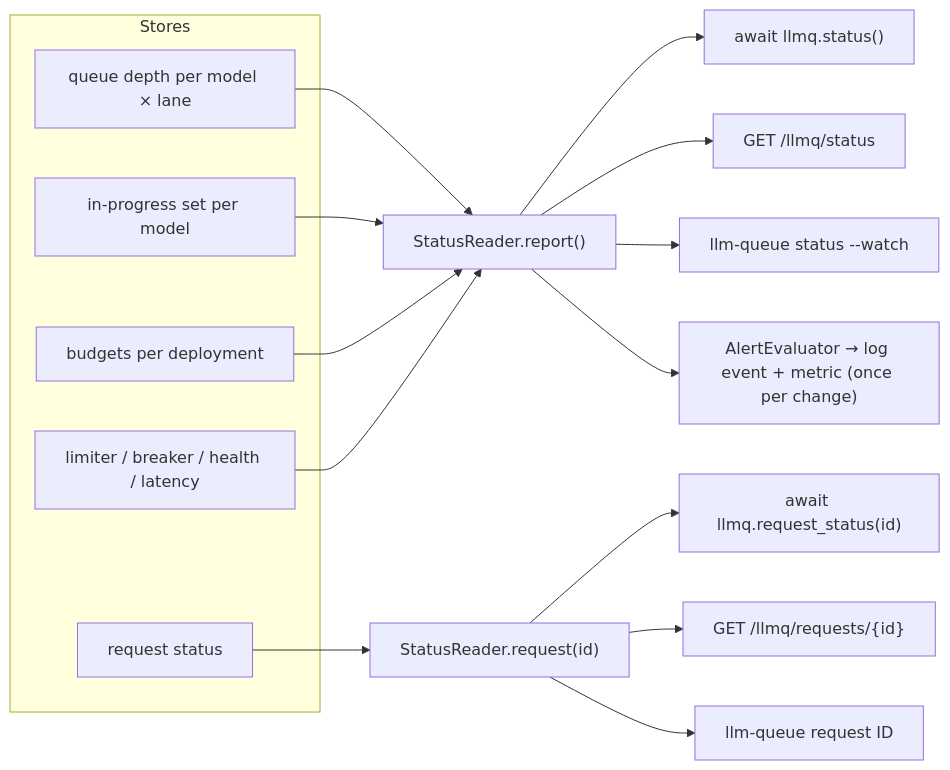
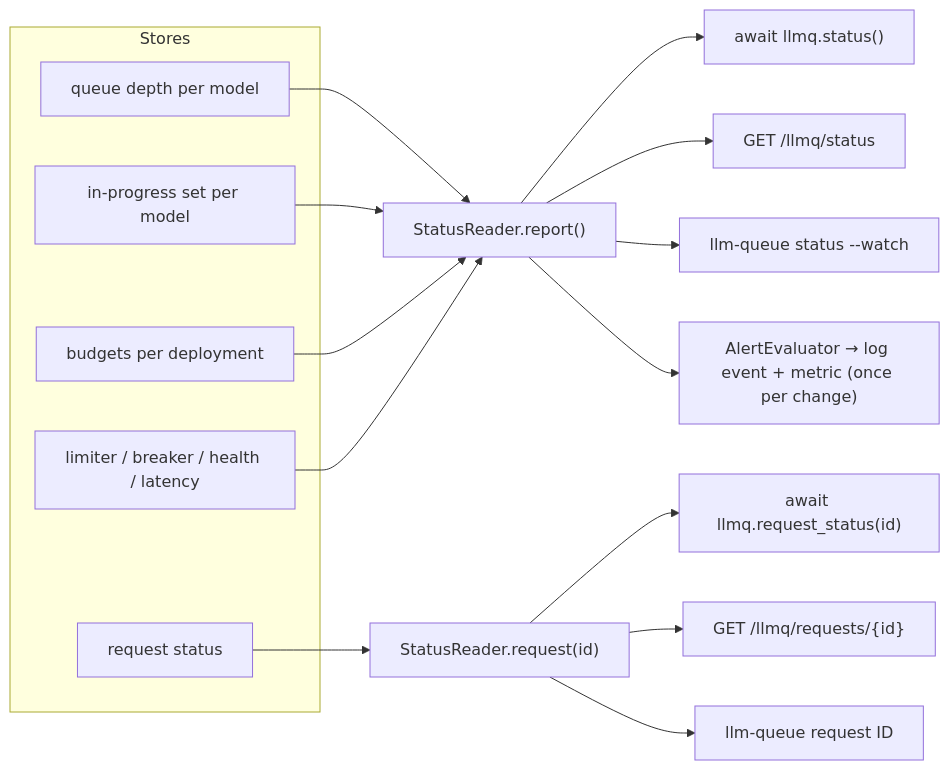
Before and after one commit to techiewonk/taskiq-llm-queue: the seventh of 9 diagrams in docs/ACCOUNT_ROUTING_PLAN.md, drawn with Mermaid. The commit also changed other lines of this file, not shown here.

First line of the commit message:
Plan: one config document, no lanes, optional model fallback

````diff
--- a/docs/ACCOUNT_ROUTING_PLAN.md
+++ b/docs/ACCOUNT_ROUTING_PLAN.md
@@ -494,15 +524,15 @@
 ```mermaid
 flowchart LR
   subgraph Stores
-    Q["queue depth per model × lane"]
+    Q["queue depth per model"]
     I["in-progress set per model"]
     R["budgets per deployment"]
     L["limiter / breaker / health / latency"]
     RS["request status"]
   end
   Q & I & R & L --> SR["StatusReader.report()"]
   RS --> RQ["StatusReader.request(id)"]
   SR --> PY["await llmq.status()"] & HTTP["GET /llmq/status"] & CLI["llm-queue status --watch"]
   RQ --> PY2["await llmq.request_status(id)"] & HTTP2["GET /llmq/requests/{id}"] & CLI2["llm-queue request ID"]
   SR --> AL["AlertEvaluator → log event + metric (once per change)"]
 ```
````
